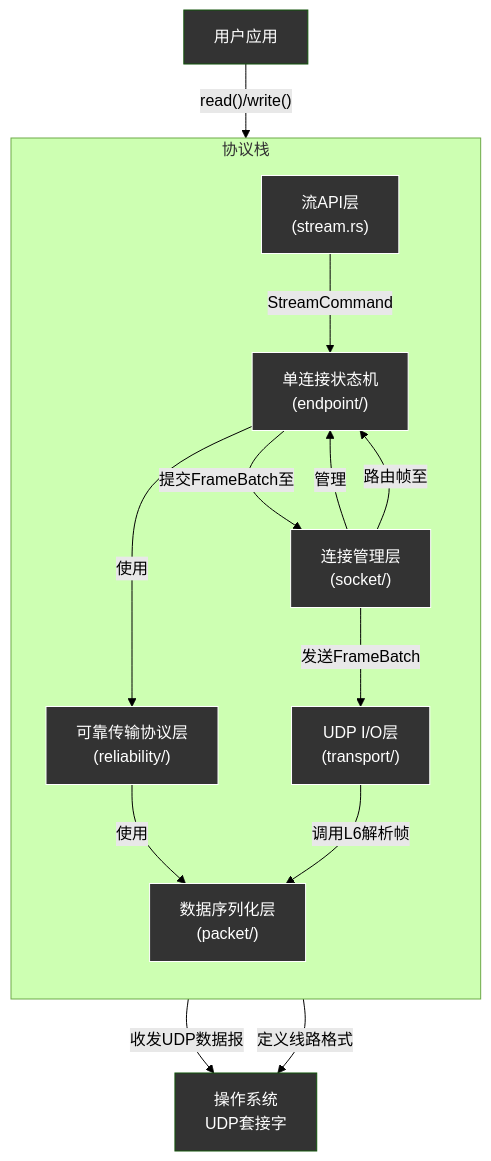
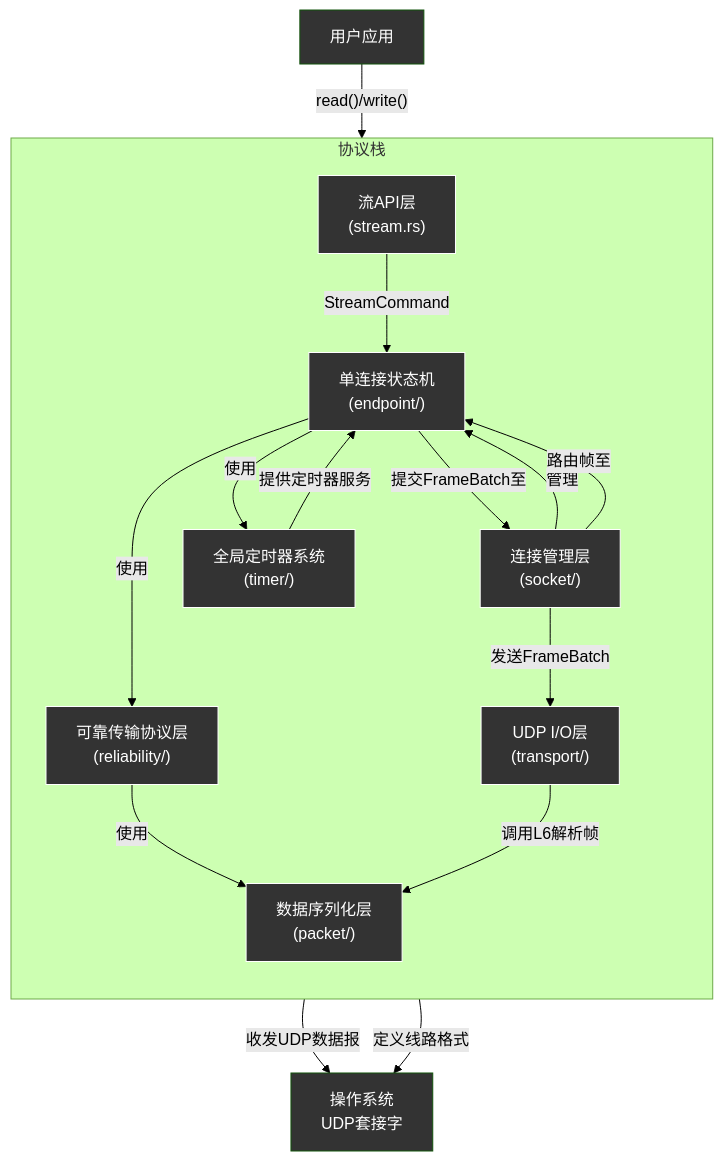
The diagram in docs/src/dev-docs/components/README.md (ShaoG-R/kestrel-protocol), drawn with Mermaid (forest theme) before and after one commit. The commit also changed other lines of this file and 9 other files, not shown here.

````diff
--- a/docs/src/dev-docs/components/README.md
+++ b/docs/src/dev-docs/components/README.md
@@ -9,33 +9,36 @@
 ```mermaid
 graph TD
     A["用户应用"]
     
     subgraph "协议栈"
         direction TB
         L1["流API层<br>(stream.rs)"]
         L2["连接管理层<br>(socket/)"]
         L3["单连接状态机<br>(endpoint/)"]
         L4["可靠传输协议层<br>(reliability/)"]
         L5["UDP I/O层<br>(transport/)"]
         L6["数据序列化层<br>(packet/)"]
+        L7["全局定时器系统<br>(timer/)"]
     end
     
     B["操作系统<br>UDP套接字"]
 
     A -- "read()/write()" --> L1
     L1 -- "StreamCommand" --> L3
     L2 -- "管理" --> L3
     L2 -- "路由帧至" --> L3
     L3 -- "使用" --> L4
+    L3 -- "使用" --> L7
     L3 -- "提交FrameBatch至" --> L2
     L2 -- "发送FrameBatch" --> L5
     L4 -- "使用" --> L6
     L5 -- "收发UDP数据报" --> B
     L5 -- "调用L6解析帧" --> L6
     L6 -- "定义线路格式" --> B
+    L7 -- "提供定时器服务" --> L3
 
     style A fill:#333,color:#fff
     style B fill:#333,color:#fff
     classDef layer fill:#333,color:#fff,stroke:#fff,stroke-width:1px;
-    class L1,L2,L3,L4,L5,L6 layer;
+    class L1,L2,L3,L4,L5,L6,L7 layer;
 ```
````
